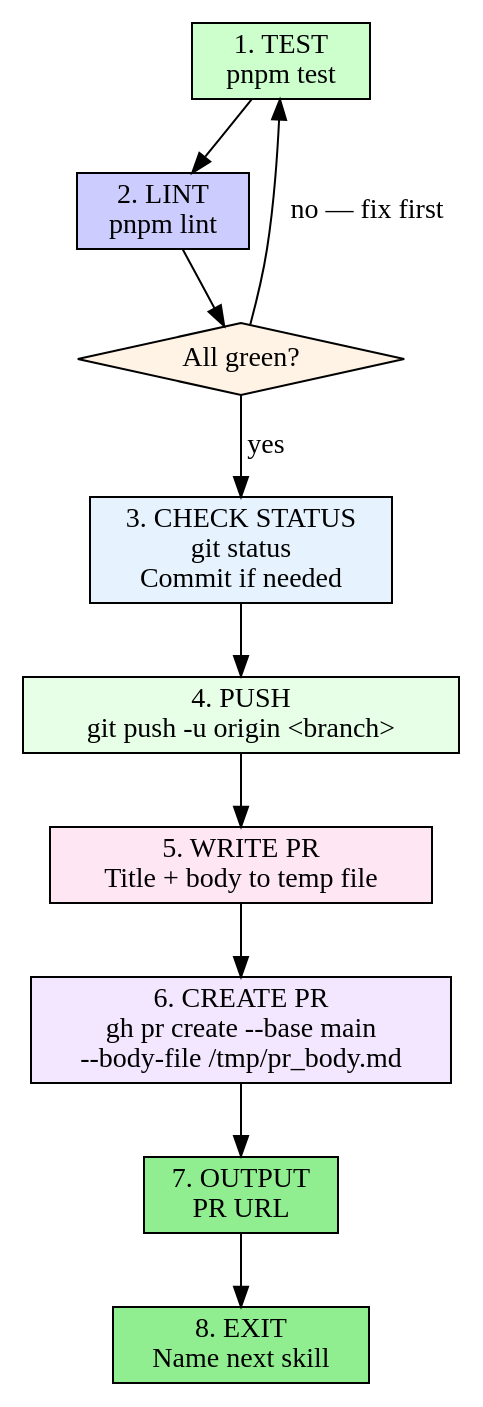
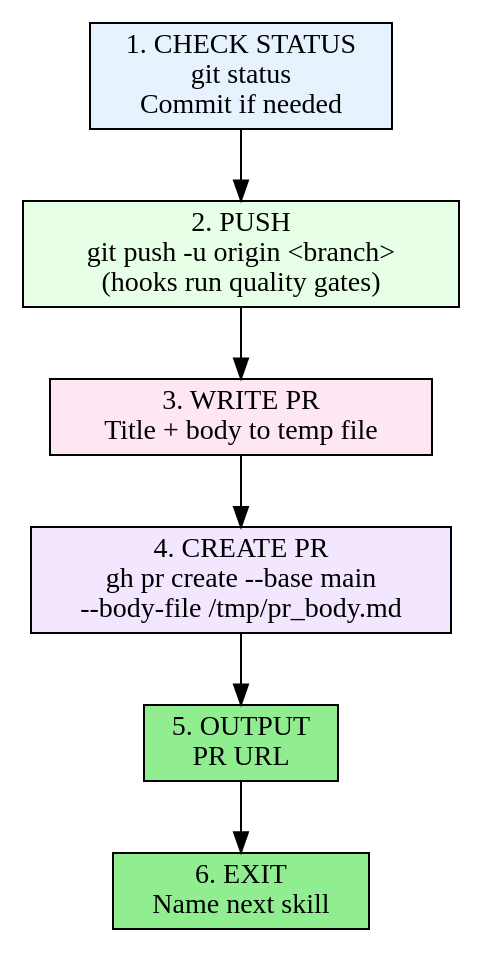
The diagram in .claude/skills/create-pr/SKILL.md (gcko/pendulum-of-despair), drawn with Graphviz before and after one commit. The commit also changed other lines of this file, not shown here.

First line of the commit message:
chore(engine): update create-pr skill — remove pnpm test/lint steps

````diff
--- a/.claude/skills/create-pr/SKILL.md
+++ b/.claude/skills/create-pr/SKILL.md
@@ -22,26 +25,19 @@
 ```dot
 digraph create_pr {
     rankdir=TB;
     node [shape=box, style=filled, fillcolor=lightblue];
 
-    test [label="1. TEST\npnpm test", fillcolor="#ccffcc"];
-    lint [label="2. LINT\npnpm lint", fillcolor="#ccccff"];
-    green [label="All green?", shape=diamond, fillcolor="#fff3e6"];
-    status [label="3. CHECK STATUS\ngit status\nCommit if needed", fillcolor="#e6f3ff"];
-    push [label="4. PUSH\ngit push -u origin <branch>", fillcolor="#e6ffe6"];
-    write [label="5. WRITE PR\nTitle + body to temp file", fillcolor="#ffe6f3"];
-    create [label="6. CREATE PR\ngh pr create --base main\n--body-file /tmp/pr_body.md", fillcolor="#f3e6ff"];
-    url [label="7. OUTPUT\nPR URL", fillcolor=lightgreen];
-    handoff [label="8. EXIT\nName next skill", fillcolor=lightgreen];
+    status [label="1. CHECK STATUS\ngit status\nCommit if needed", fillcolor="#e6f3ff"];
+    push [label="2. PUSH\ngit push -u origin <branch>\n(hooks run quality gates)", fillcolor="#e6ffe6"];
+    write [label="3. WRITE PR\nTitle + body to temp file", fillcolor="#ffe6f3"];
+    create [label="4. CREATE PR\ngh pr create --base main\n--body-file /tmp/pr_body.md", fillcolor="#f3e6ff"];
+    url [label="5. OUTPUT\nPR URL", fillcolor=lightgreen];
+    handoff [label="6. EXIT\nName next skill", fillcolor=lightgreen];
 
-    test -> lint;
-    lint -> green;
-    green -> status [label="yes"];
-    green -> test [label="no — fix first"];
     status -> push;
     push -> write;
     write -> create;
     create -> url;
     url -> handoff;
 }
 ```
````
